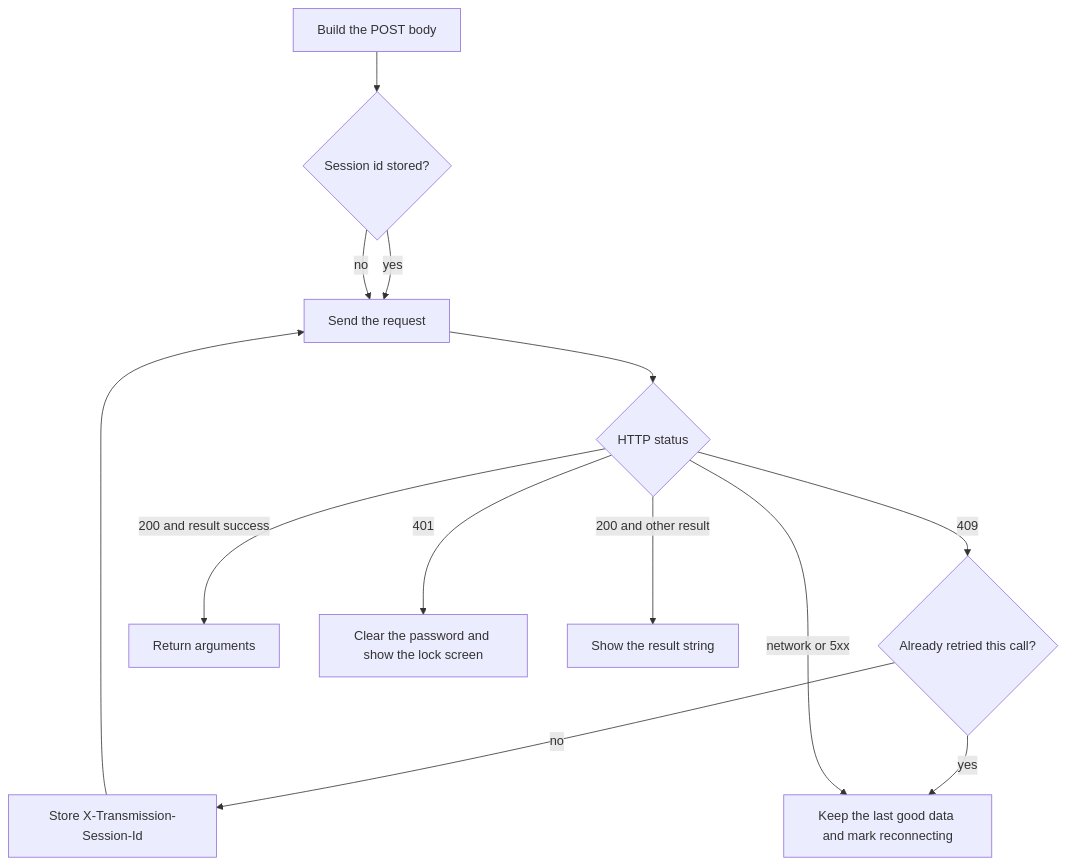
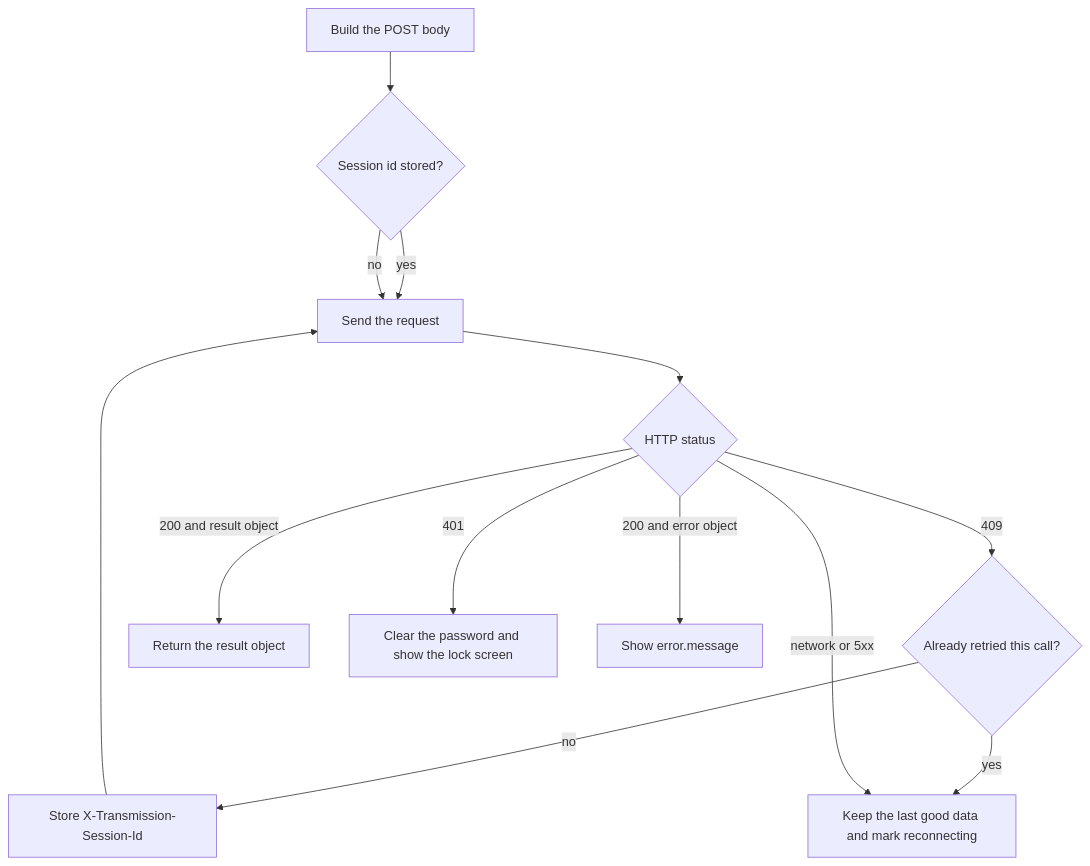
The fifth of 6 diagrams in Design/transmission-webui.md (schleising/transmission-webui), drawn with Mermaid before and after one commit. The commit also changed other lines of this file and 1 other file, not shown here.

````diff
--- a/Design/transmission-webui.md
+++ b/Design/transmission-webui.md
@@ -213,26 +270,26 @@
 ```mermaid
 flowchart TD
   build[Build the POST body]
   have{Session id stored?}
   send[Send the request]
   status{HTTP status}
   save[Store X-Transmission-Session-Id]
   once{Already retried this call?}
-  ok[Return arguments]
+  ok[Return the result object]
   lock[Clear the password and show the lock screen]
-  rpcErr[Show the result string]
+  rpcErr[Show error.message]
   down[Keep the last good data and mark reconnecting]
 
   build --> have
   have -->|yes| send
   have -->|no| send
   send --> status
   status -->|409| once
   once -->|no| save
   save --> send
   once -->|yes| down
   status -->|401| lock
-  status -->|200 and result success| ok
-  status -->|200 and other result| rpcErr
+  status -->|200 and result object| ok
+  status -->|200 and error object| rpcErr
   status -->|network or 5xx| down
 ```
````
